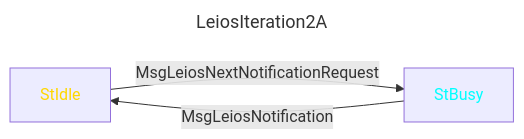
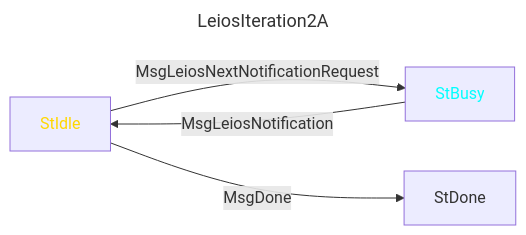
Before and after one commit to input-output-hk/ouroboros-leios: the second of 9 diagrams in NewLinearLeiosMiniProtocols.md, drawn with Mermaid. The commit also changed other lines of this file, not shown here.

````diff
--- a/NewLinearLeiosMiniProtocols.md
+++ b/NewLinearLeiosMiniProtocols.md
@@ -110,10 +111,12 @@
 ```mermaid
 ---
 title: LeiosIteration2A
 ---
 graph LR
    style StIdle color:gold;
    style StBusy color:cyan;
 
    StIdle -->|MsgLeiosNextNotificationRequest| StBusy -->|MsgLeiosNotification| StIdle
+
+   StIdle -->|MsgDone| StDone
 ```
````
